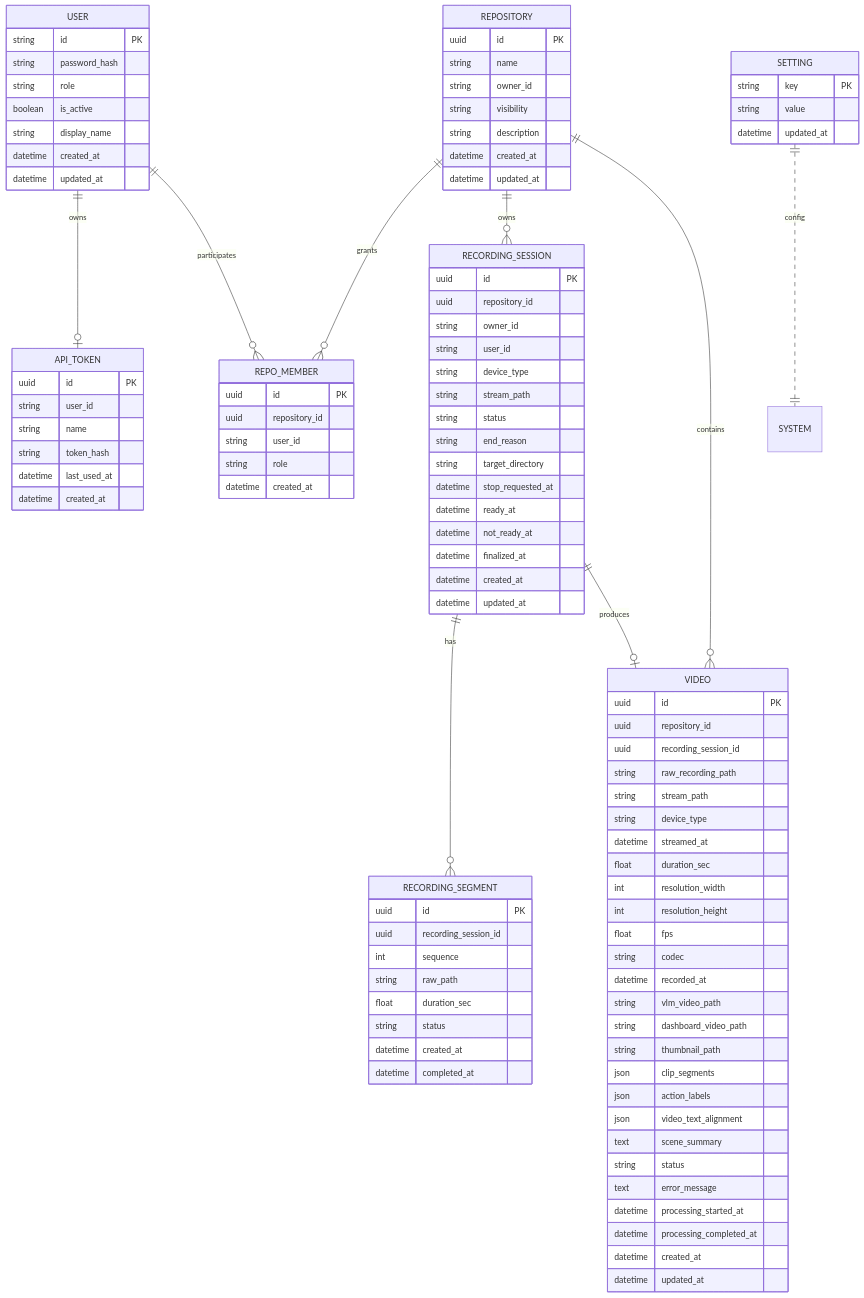
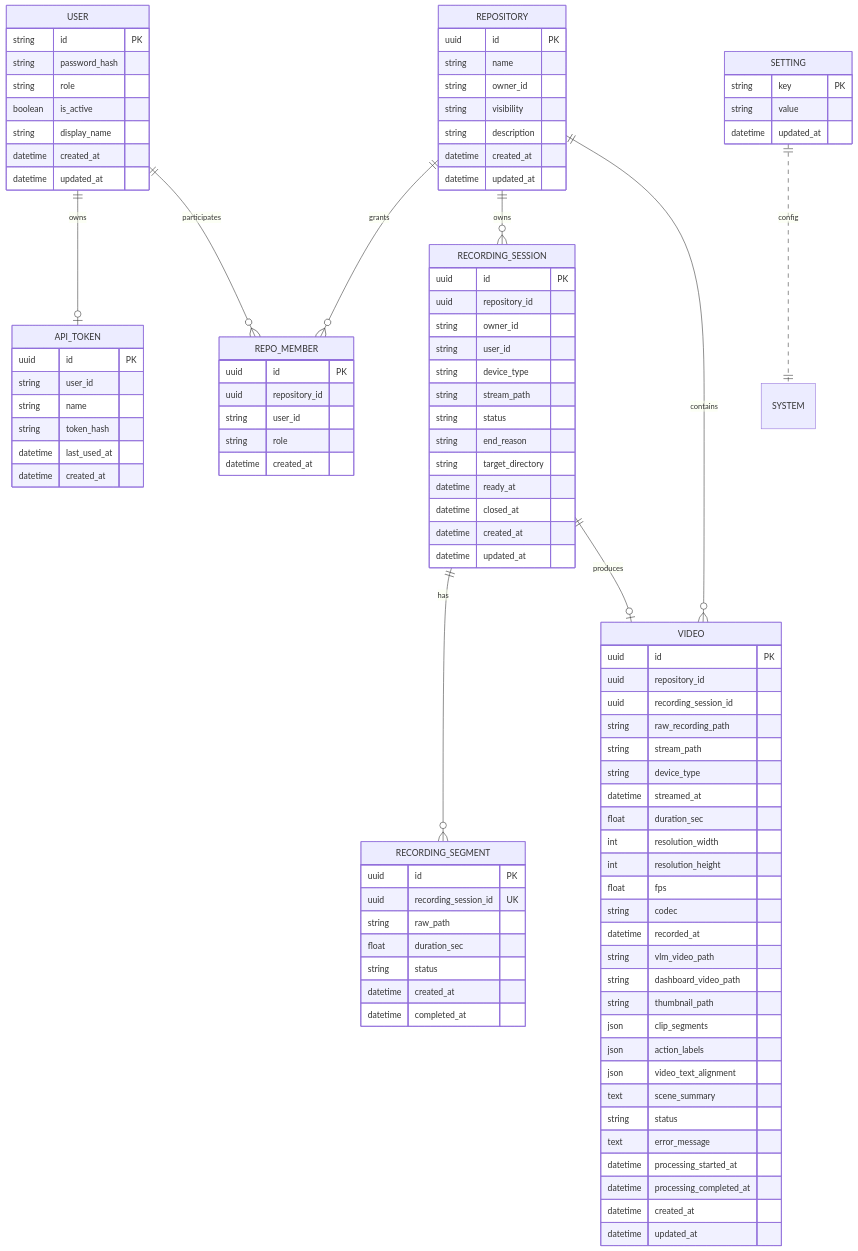
One commit to ego-flow/ego-flow-server changed the diagram in docs/07. project_database.md. Above: the diagram before and after it, drawn with Mermaid. The commit also changed other lines of this file and 6 other files, not shown here.

```diff
--- a/docs/07. project_database.md
+++ b/docs/07. project_database.md
@@ -137,18 +133,15 @@
         string status
         string end_reason
         string target_directory
-        datetime stop_requested_at
         datetime ready_at
-        datetime not_ready_at
-        datetime finalized_at
+        datetime closed_at
         datetime created_at
         datetime updated_at
     }
 
     RECORDING_SEGMENT {
         uuid id PK
-        uuid recording_session_id
-        int sequence
+        uuid recording_session_id UK
         string raw_path
         float duration_sec
         string status
```
